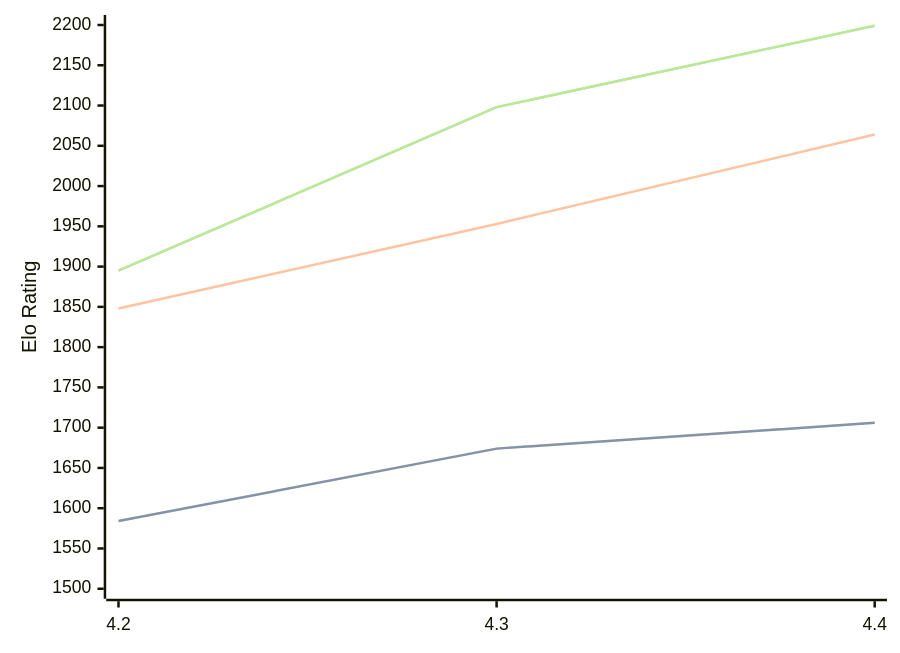
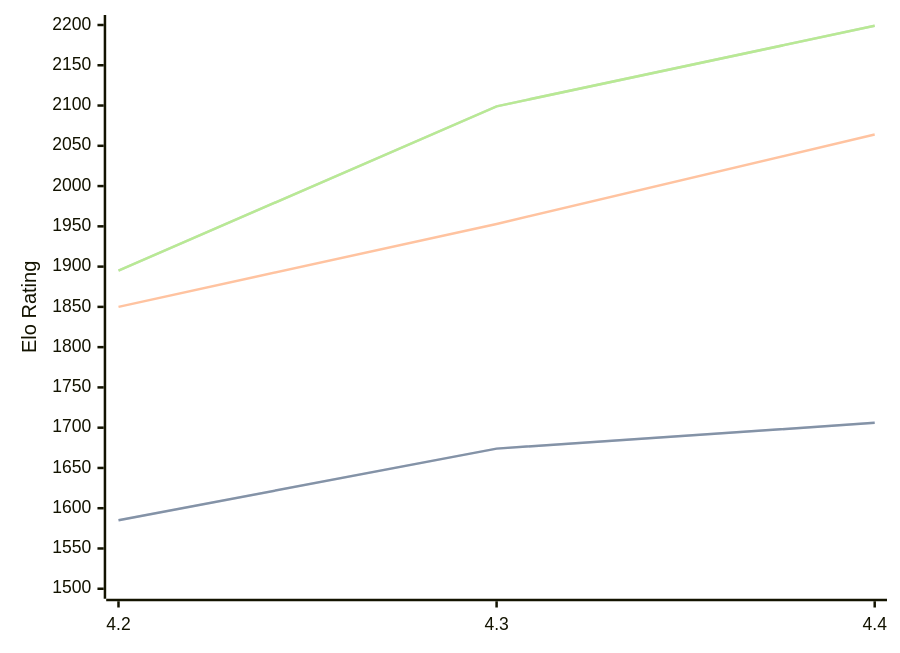
One commit to computer-chess-index/cci changed the diagram in engines/Radiance.md. Above: the diagram before and after it, drawn with Mermaid. The commit also changed other lines of this file, not shown here.

Commit message:
Update CCI Ratings (ELO VLTC) - 2026-09-06

````diff
--- a/engines/Radiance.md
+++ b/engines/Radiance.md
@@ -33,11 +33,11 @@
 ```mermaid
 %%{init: {"theme":"base","themeVariables":{"seriesColors:['#a3a3a3','#222221','#faa371']}}}%%
 xychart-beta
   x-axis ["4.2", "4.3", "4.4"]
   y-axis "Elo Rating" 1500 --> 2200
-  line "" [1584, 1674, 1706]
-  line "STC (8.0+0.08s)" [1584, 1674, 1706]
-  line "LTC (60.0+0.60s)" [1848, 1953, 2064]
-  line "" [1895, 2098, 2199]
-  line "VLTC (2m24s+1.12s)" [1895, 2098, 2199]
+  line "" [1585, 1674, 1706]
+  line "STC (8.0+0.08s)" [1585, 1674, 1706]
+  line "LTC (60.0+0.60s)" [1850, 1953, 2064]
+  line "" [1895, 2099, 2199]
+  line "VLTC (2m24s+1.12s)" [1895, 2099, 2199]
 ```
````
